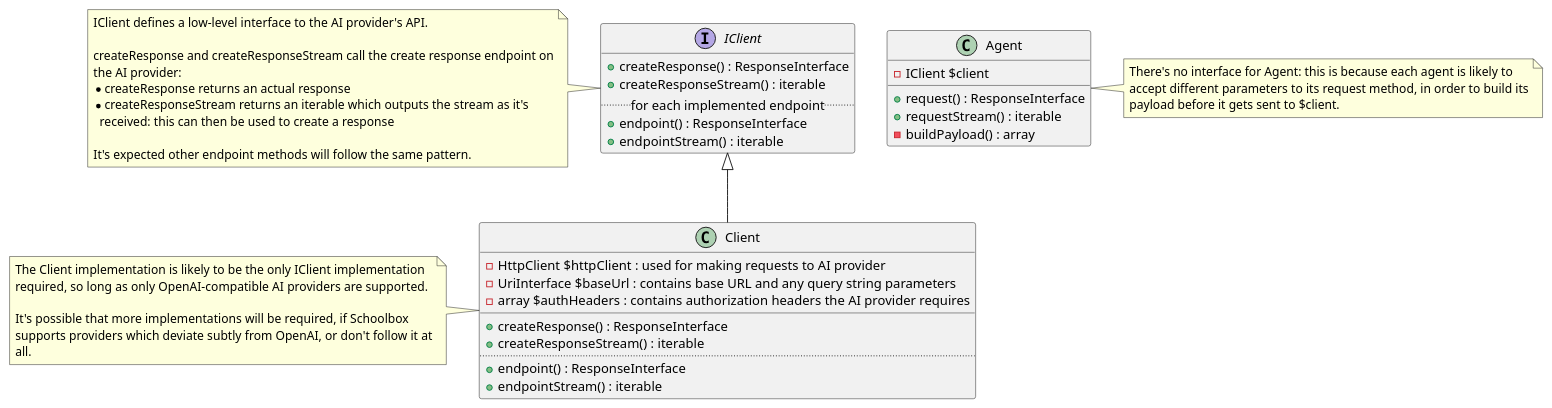
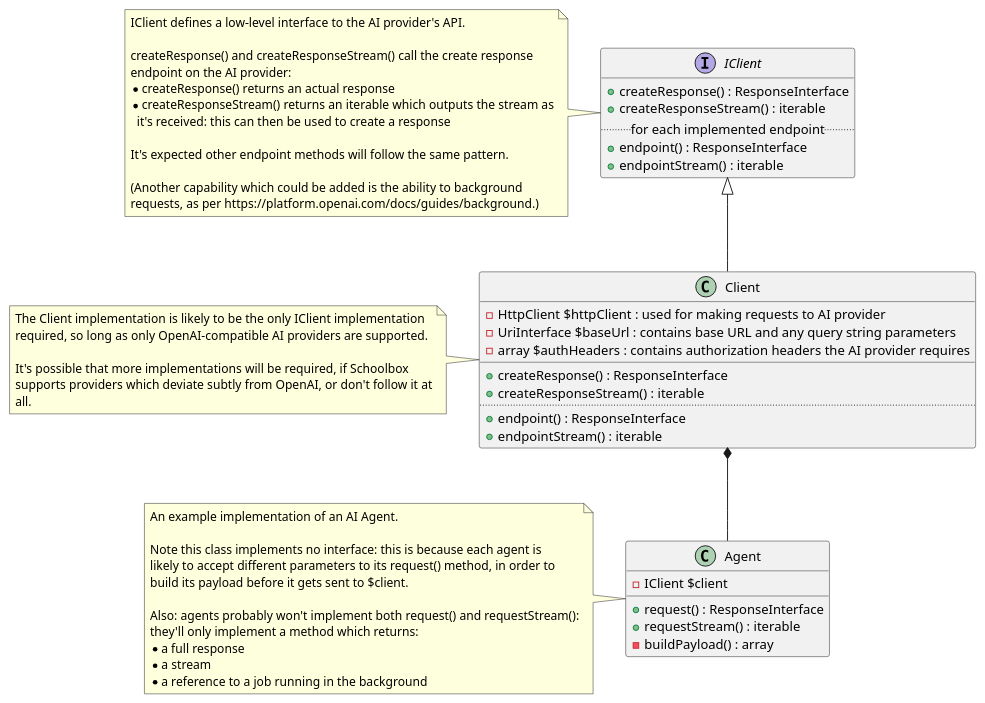
One commit to juliaattrevisan/schoolbox-api-docs changed the diagram in library/Schoolbox/OpenAi/classDiagram.plantuml. Above: the diagram before and after it, drawn with PlantUML.

Commit message:
Add notes on agent possibly running background jobs [SA-21152]

```diff
--- a/library/Schoolbox/OpenAi/classDiagram.plantuml
+++ b/library/Schoolbox/OpenAi/classDiagram.plantuml
@@ -1,57 +1,69 @@
 @startuml
 'https://plantuml.com/class-diagram
 
 
 interface IClient {
     +createResponse() : ResponseInterface
     +createResponseStream() : iterable
     .. for each implemented endpoint ..
     +endpoint() : ResponseInterface
     +endpointStream() : iterable
 }
 note left of IClient
     IClient defines a low-level interface to the AI provider's API.
 
-    createResponse and createResponseStream call the create response endpoint on
-    the AI provider:
-    * createResponse returns an actual response
-    * createResponseStream returns an iterable which outputs the stream as it's
-      received: this can then be used to create a response
+    createResponse() and createResponseStream() call the create response
+    endpoint on the AI provider:
+    * createResponse() returns an actual response
+    * createResponseStream() returns an iterable which outputs the stream as
+      it's received: this can then be used to create a response
 
     It's expected other endpoint methods will follow the same pattern.
+
+    (Another capability which could be added is the ability to background
+    requests, as per https://platform.openai.com/docs/guides/background.)
 end note
 
 IClient <|-- Client
 class Client {
     -HttpClient $httpClient : used for making requests to AI provider
     -UriInterface $baseUrl : contains base URL and any query string parameters
     -array $authHeaders : contains authorization headers the AI provider requires
     __
     +createResponse() : ResponseInterface
     +createResponseStream() : iterable
     ..
     +endpoint() : ResponseInterface
     +endpointStream() : iterable
 }
 note left of Client
     The Client implementation is likely to be the only IClient implementation
     required, so long as only OpenAI-compatible AI providers are supported.
 
     It's possible that more implementations will be required, if Schoolbox
     supports providers which deviate subtly from OpenAI, or don't follow it at
     all.
 end note
 
+Client *-- Agent
 class Agent {
     -IClient $client
     +request() : ResponseInterface
     +requestStream() : iterable
     -buildPayload() : array
 }
-note right of Agent
-    There's no interface for Agent: this is because each agent is likely to
-    accept different parameters to its request method, in order to build its
-    payload before it gets sent to $client.
+note left of Agent
+    An example implementation of an AI Agent.
+
+    Note this class implements no interface: this is because each agent is
+    likely to accept different parameters to its request() method, in order to
+    build its payload before it gets sent to $client.
+
+    Also: agents probably won't implement both request() and requestStream():
+    they'll only implement a method which returns:
+    * a full response
+    * a stream
+    * a reference to a job running in the background
 end note
 
 @enduml
```
